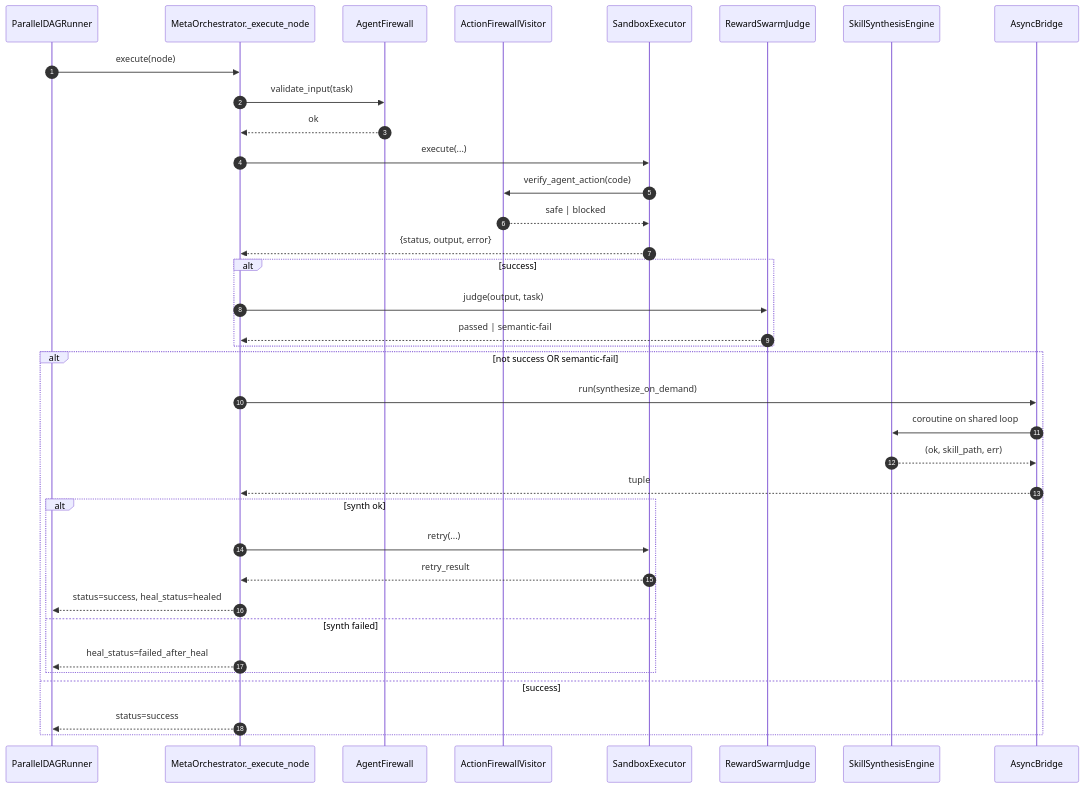
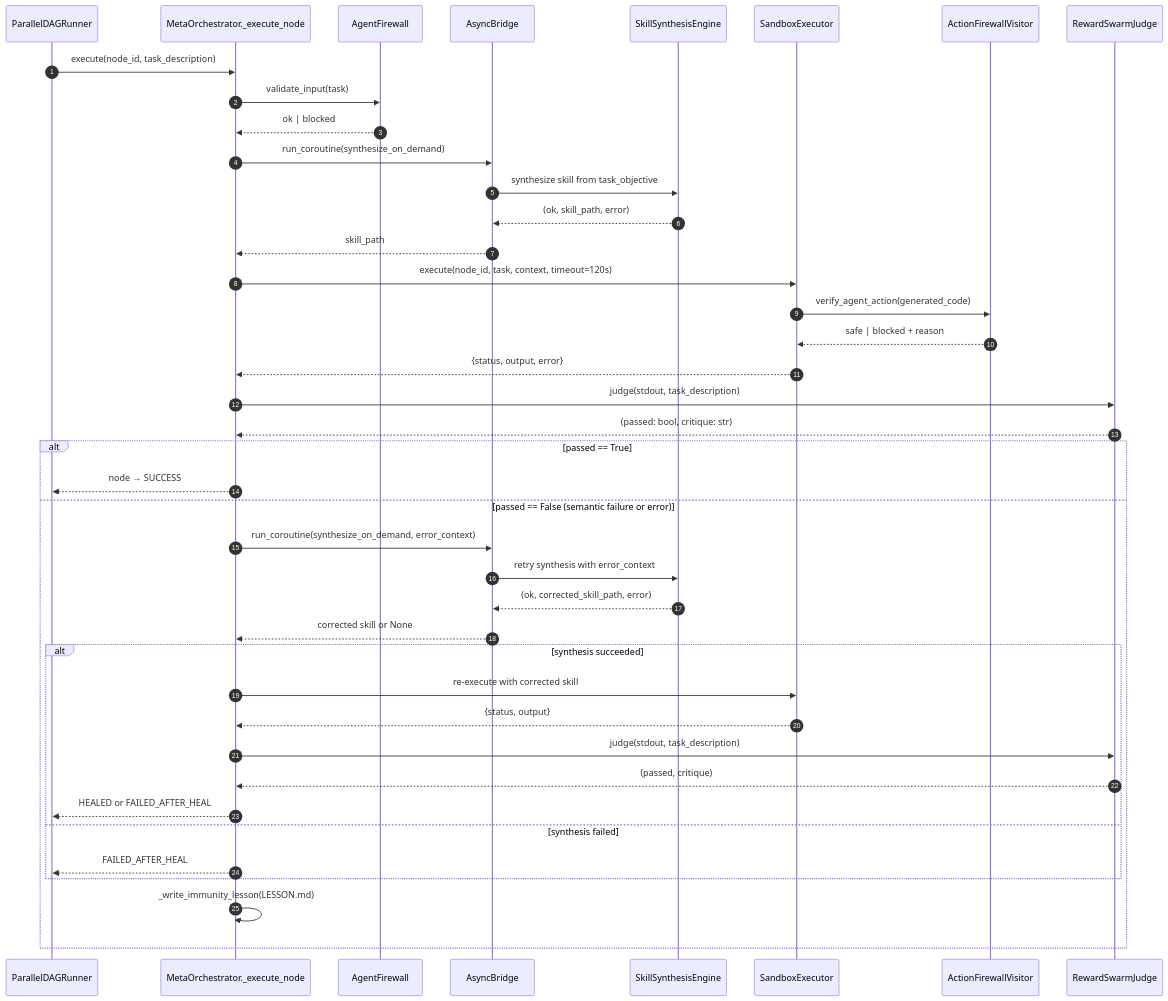
One commit to f2025408135-cyber/SWARM-FORGE changed the second of 3 diagrams in README.md. Above: the diagram before and after it, drawn with Mermaid. The commit also changed other lines of this file and 1 other file, not shown here.

````diff
--- a/README.md
+++ b/README.md
@@ -124,39 +213,44 @@
 ```mermaid
 sequenceDiagram
-  autonumber
-  participant R as ParallelDAGRunner
-  participant MO as MetaOrchestrator._execute_node
-  participant FW as AgentFirewall
-  participant L3 as ActionFirewallVisitor
-  participant SB as SandboxExecutor
-  participant RJ as RewardSwarmJudge
-  participant SE as SkillSynthesisEngine
-  participant AB as AsyncBridge
+    autonumber
+    participant R as ParallelDAGRunner
+    participant MO as MetaOrchestrator._execute_node
+    participant FW as AgentFirewall
+    participant AB as AsyncBridge
+    participant SE as SkillSynthesisEngine
+    participant SB as SandboxExecutor
+    participant L3 as ActionFirewallVisitor
+    participant RJ as RewardSwarmJudge
 
-  R->>MO: execute(node)
-  MO->>FW: validate_input(task)
-  FW-->>MO: ok
-  MO->>SB: execute(...)
-  SB->>L3: verify_agent_action(code)
-  L3-->>SB: safe | blocked
-  SB-->>MO: {status, output, error}
-  alt success
-    MO->>RJ: judge(output, task)
-    RJ-->>MO: passed | semantic-fail
-  end
-  alt not success OR semantic-fail
-    MO->>AB: run(synthesize_on_demand)
-    AB->>SE: coroutine on shared loop
-    SE-->>AB: (ok, skill_path, err)
-    AB-->>MO: tuple
-    alt synth ok
-      MO->>SB: retry(...)
-      SB-->>MO: retry_result
-      MO-->>R: status=success, heal_status=healed
-    else synth failed
-      MO-->>R: heal_status=failed_after_heal
+    R->>MO: execute(node_id, task_description)
+    MO->>FW: validate_input(task)
+    FW-->>MO: ok | blocked
+    MO->>AB: run_coroutine(synthesize_on_demand)
+    AB->>SE: synthesize skill from task_objective
+    SE-->>AB: (ok, skill_path, error)
+    AB-->>MO: skill_path
+    MO->>SB: execute(node_id, task, context, timeout=120s)
+    SB->>L3: verify_agent_action(generated_code)
+    L3-->>SB: safe | blocked + reason
+    SB-->>MO: {status, output, error}
+    MO->>RJ: judge(stdout, task_description)
+    RJ-->>MO: (passed: bool, critique: str)
+    alt passed == True
+        MO-->>R: node → SUCCESS
+    else passed == False (semantic failure or error)
+        MO->>AB: run_coroutine(synthesize_on_demand, error_context)
+        AB->>SE: retry synthesis with error_context
+        SE-->>AB: (ok, corrected_skill_path, error)
+        AB-->>MO: corrected skill or None
+        alt synthesis succeeded
+            MO->>SB: re-execute with corrected skill
+            SB-->>MO: {status, output}
+            MO->>RJ: judge(stdout, task_description)
+            RJ-->>MO: (passed, critique)
+            MO-->>R: HEALED or FAILED_AFTER_HEAL
+        else synthesis failed
+            MO-->>R: FAILED_AFTER_HEAL
+        end
+        MO->>MO: _write_immunity_lesson(LESSON.md)
     end
-  else success
-    MO-->>R: status=success
-  end
 ```
````
